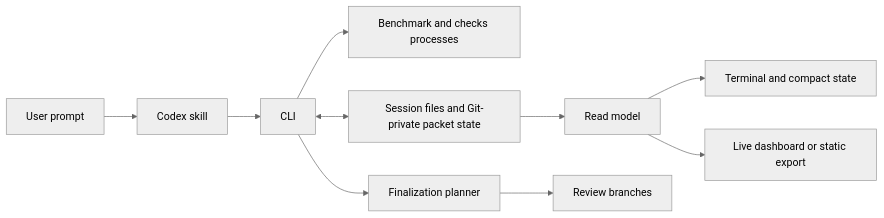
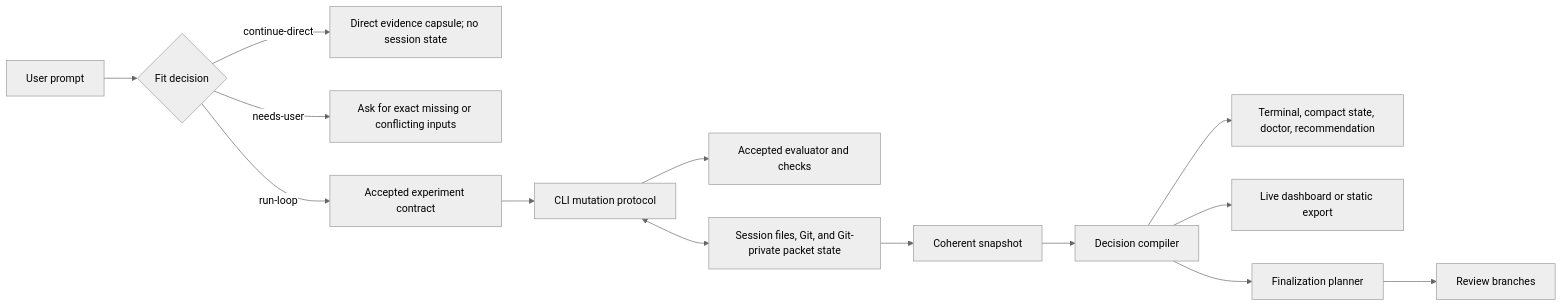
The first of 5 diagrams in plugins/codex-autoresearch/docs/architecture.md (TheGreenCedar/codex-autoresearch), drawn with Mermaid (neutral theme) before and after one commit. The commit also changed other lines of this file and 28 other files, not shown here.

````diff
--- a/plugins/codex-autoresearch/docs/architecture.md
+++ b/plugins/codex-autoresearch/docs/architecture.md
@@ -12,12 +20,16 @@
 ```mermaid
 flowchart LR
-  U["User prompt"] --> S["Codex skill"]
-  S --> CLI["CLI"]
-  CLI --> Run["Benchmark and checks processes"]
-  CLI <--> State["Session files and Git-private packet state"]
-  State --> VM["Read model"]
-  VM --> Report["Terminal and compact state"]
-  VM --> Dash["Live dashboard or static export"]
-  CLI --> Final["Finalization planner"]
+  U["User prompt"] --> Fit{"Fit decision"}
+  Fit -- "continue-direct" --> Direct["Direct evidence capsule; no session state"]
+  Fit -- "needs-user" --> Ask["Ask for exact missing or conflicting inputs"]
+  Fit -- "run-loop" --> Contract["Accepted experiment contract"]
+  Contract --> CLI["CLI mutation protocol"]
+  CLI --> Run["Accepted evaluator and checks"]
+  CLI <--> State["Session files, Git, and Git-private packet state"]
+  State --> Snapshot["Coherent snapshot"]
+  Snapshot --> Plan["Decision compiler"]
+  Plan --> Report["Terminal, compact state, doctor, recommendation"]
+  Plan --> Dash["Live dashboard or static export"]
+  Plan --> Final["Finalization planner"]
   Final --> Git["Review branches"]
 ```
````
